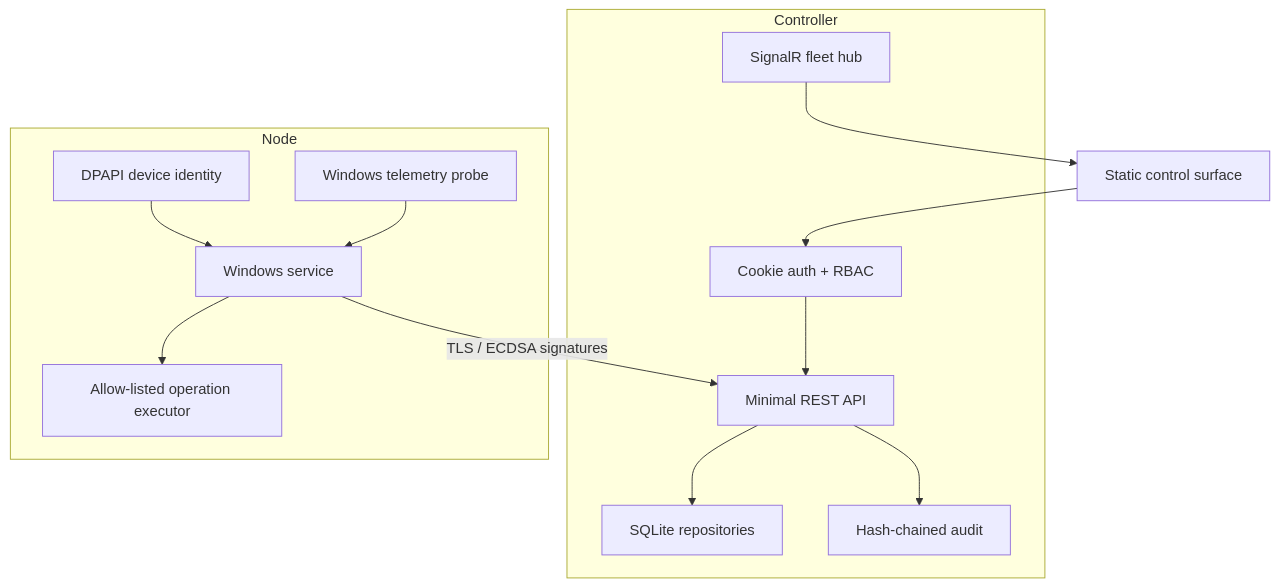
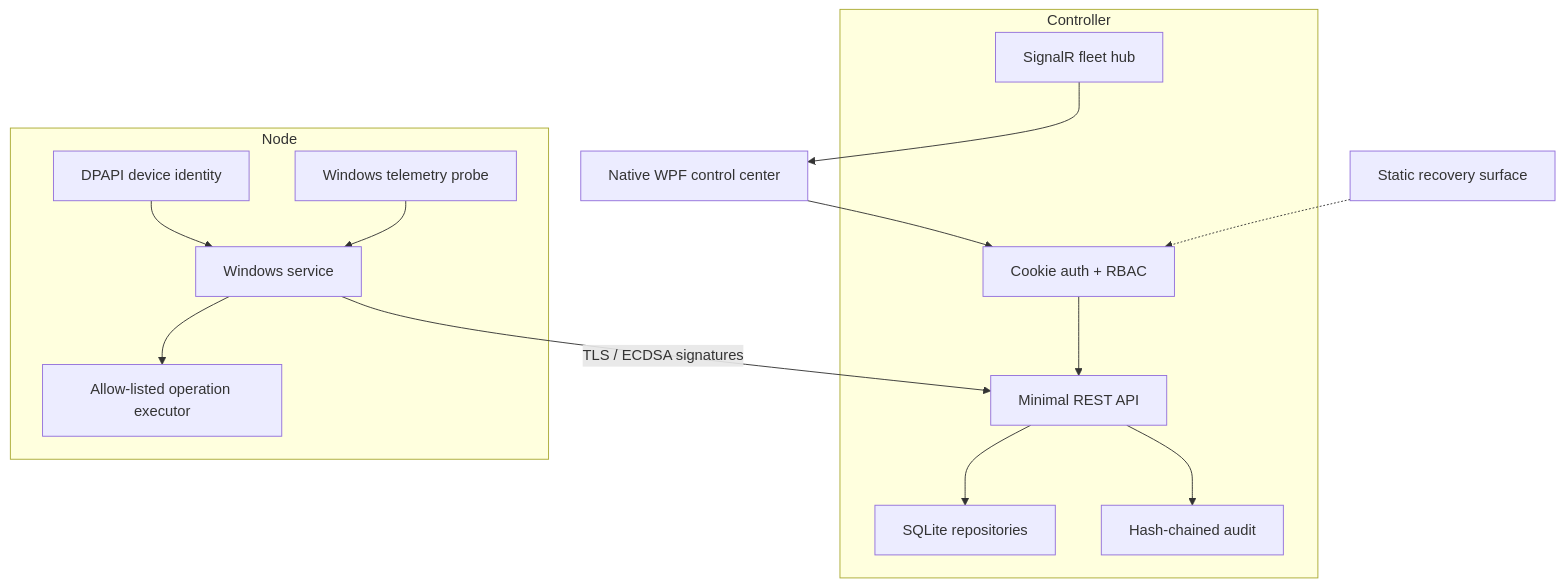
The diagram in docs/architecture.md (Bradock213lol/Veltrix-Control), drawn with Mermaid before and after one commit. The commit also changed other lines of this file and 44 other files, not shown here.

Commit message:
feat: add native desktop control center

````diff
--- a/docs/architecture.md
+++ b/docs/architecture.md
@@ -9,24 +9,25 @@
 ```mermaid
 flowchart TB
   subgraph Controller
     API[Minimal REST API]
     HUB[SignalR fleet hub]
     AUTH[Cookie auth + RBAC]
     STORE[SQLite repositories]
     AUDIT[Hash-chained audit]
   end
   subgraph Node
     AGENT[Windows service]
     ID[DPAPI device identity]
     PROBE[Windows telemetry probe]
     OPS[Allow-listed operation executor]
   end
-  UI[Static control surface] --> AUTH --> API
+  UI[Native WPF control center] --> AUTH --> API
+  FALLBACK[Static recovery surface] -.-> AUTH
   API --> STORE
   API --> AUDIT
   HUB --> UI
   AGENT -->|TLS / ECDSA signatures| API
   ID --> AGENT
   PROBE --> AGENT
   AGENT --> OPS
 ```
````
